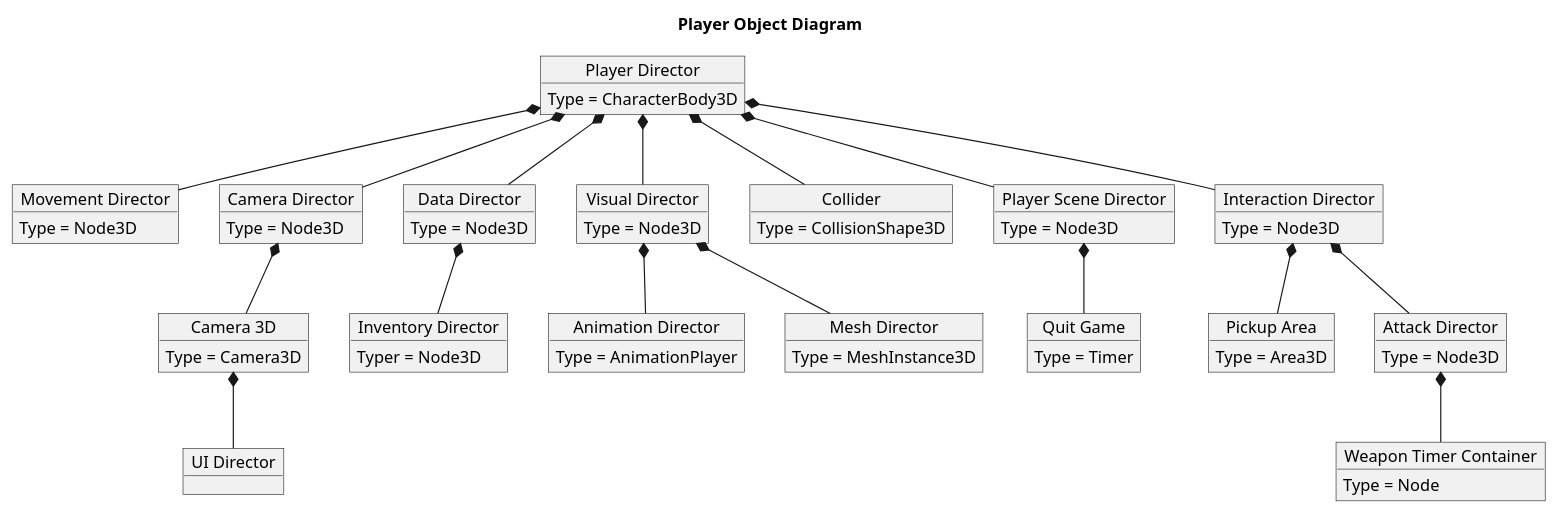
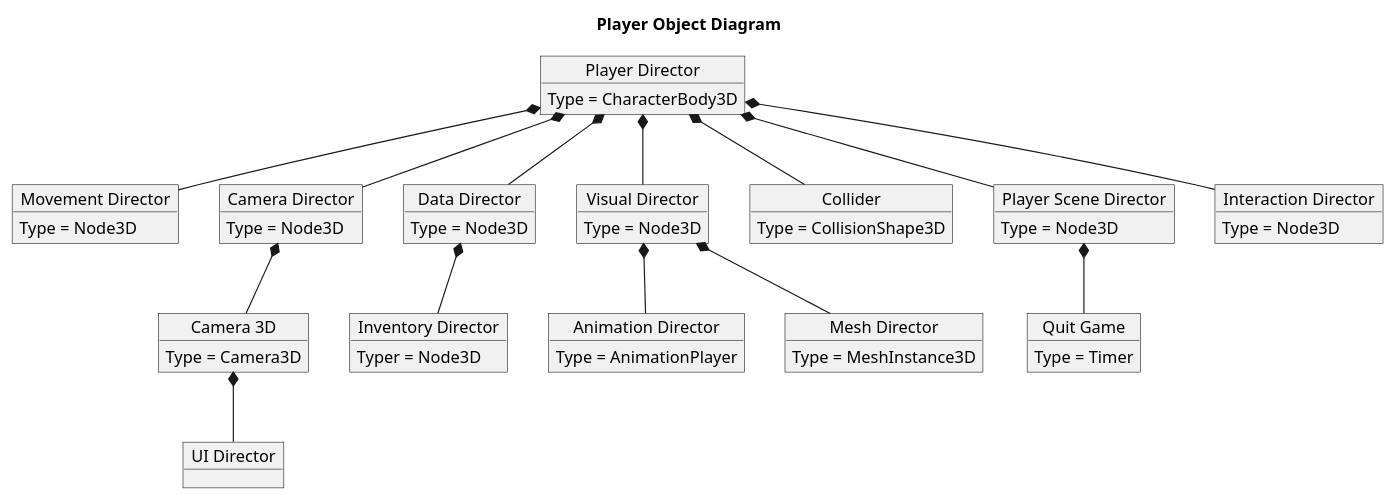
Before and after one commit to kjtkanaly/Roguelike-Shoot-Em-Up: the diagram in UML-Diagrams/src/Player-Object.puml, drawn with PlantUML. The commit also changed 4 other files, not shown here.

```diff
--- a/UML-Diagrams/src/Player-Object.puml
+++ b/UML-Diagrams/src/Player-Object.puml
@@ -1,58 +1,49 @@
 @startuml Player Object
 
 title Player Object Diagram
 
 object "Player Director" as Player
 
 object "Movement Director" as Movement
 object "Camera Director" as CameraDir
 object "Data Director" as Data
 object "Inventory Director" as InventoryDir
 object "Visual Director" as Visual
 object "Collider" as Collider
 object "Camera 3D" as Camera
 object "UI Director" as UIDir
 object "Animation Director" as Animation
 object "Mesh Director" as Mesh
 object "Player Scene Director" as SceneDir
 object "Quit Game" as QuitTimer
 object "Interaction Director" as InteractionDir
-object "Pickup Area" as PickupArea
-object "Attack Director" as AttackDir
-object "Weapon Timer Container" as WeaponTimerCont
 
 Player : Type = CharacterBody3D
 Movement : Type = Node3D
 CameraDir : Type = Node3D
 Data : Type = Node3D
 InventoryDir : Typer = Node3D
 Visual : Type = Node3D
 Collider : Type = CollisionShape3D
 Camera : Type = Camera3D
 Animation : Type = AnimationPlayer
 Mesh : Type = MeshInstance3D
 SceneDir : Type = Node3D
 QuitTimer : Type = Timer
 InteractionDir : Type = Node3D
-PickupArea : Type = Area3D
-AttackDir : Type = Node3D
-WeaponTimerCont : Type = Node
 
 Player *-- Movement
 Player *-- CameraDir
 Player *-- Data
 Data *-- InventoryDir
 Player *-- Visual
 Player *-- Collider
 CameraDir *-- Camera
 Camera *-- UIDir
 Visual *-- Animation
 Visual *-- Mesh
 Player *-- SceneDir
 SceneDir *-- QuitTimer
 Player *-- InteractionDir
-InteractionDir *-- AttackDir
-InteractionDir *-- PickupArea
-AttackDir *-- WeaponTimerCont
 
 @enduml
```
